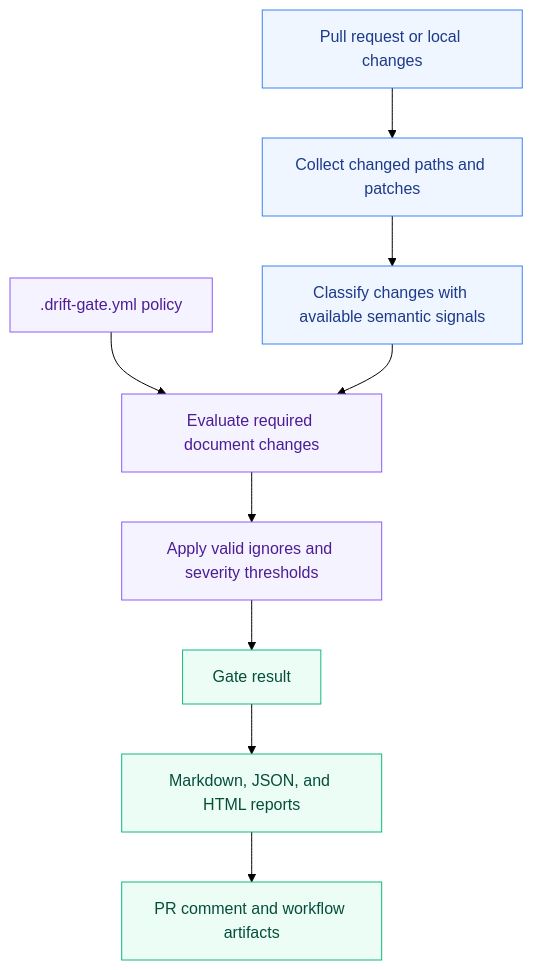
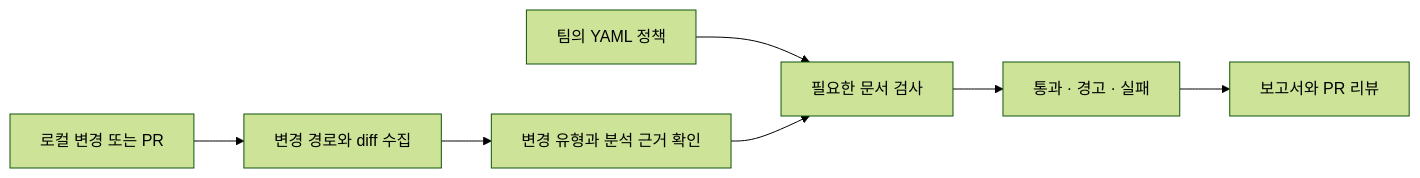
One commit to actions-marketplace-validations/cres17_pr-convention-checker changed the diagram in README.md. Above: the diagram before and after it, drawn with Mermaid (forest theme). The commit also changed other lines of this file and 56 other files, not shown here.

````diff
--- a/README.md
+++ b/README.md
@@ -49,18 +32,9 @@
 ```mermaid
-flowchart TD
-    A[Pull request or local changes] --> B[Collect changed paths and patches]
-    B --> C[Classify changes with available semantic signals]
-    P[.drift-gate.yml policy] --> D[Evaluate required document changes]
+flowchart LR
+    A[로컬 변경 또는 PR] --> B[변경 경로와 diff 수집]
+    B --> C[변경 유형과 분석 근거 확인]
+    P[팀의 YAML 정책] --> D[필요한 문서 검사]
     C --> D
-    D --> E[Apply valid ignores and severity thresholds]
-    E --> F[Gate result]
-    F --> G[Markdown, JSON, and HTML reports]
-    G --> H[PR comment and workflow artifacts]
-
-    classDef input fill:#eff6ff,stroke:#3b82f6,color:#1e3a8a
-    classDef policy fill:#f5f3ff,stroke:#8b5cf6,color:#4c1d95
-    classDef output fill:#ecfdf5,stroke:#10b981,color:#064e3b
-    class A,B,C input
-    class P,D,E policy
-    class F,G,H output
+    D --> E[통과 · 경고 · 실패]
+    E --> F[보고서와 PR 리뷰]
 ```
````
